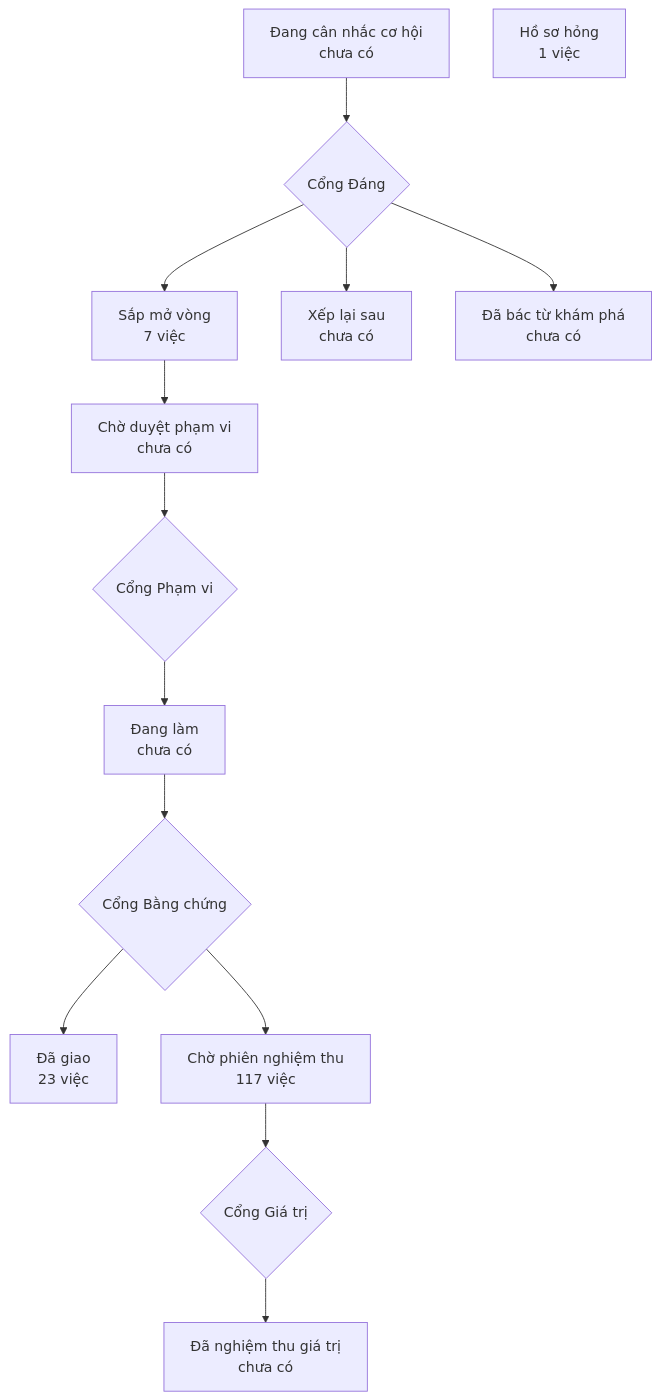
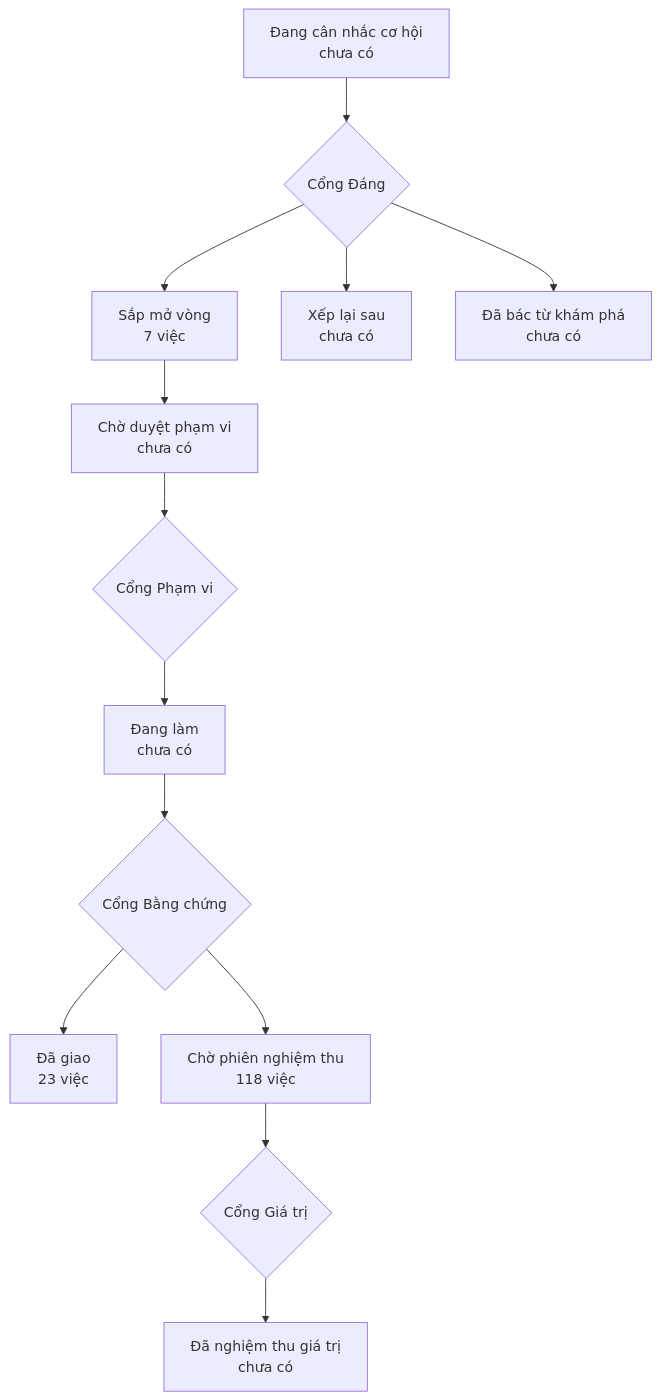
One commit to phanlemanh/onehub-quy-hang changed the diagram in PRODUCT-MAP.md. Above: the diagram before and after it, drawn with Mermaid. The commit also changed other lines of this file and 1 other file, not shown here.

````diff
--- a/PRODUCT-MAP.md
+++ b/PRODUCT-MAP.md
@@ -7,13 +7,12 @@
 ```mermaid
 flowchart TD
   A["Đang cân nhắc cơ hội<br/>chưa có"] --> GD{"Cổng Đáng"}
   GD --> B["Sắp mở vòng<br/>7 việc"]
   GD --> XL["Xếp lại sau<br/>chưa có"]
   GD --> DB["Đã bác từ khám phá<br/>chưa có"]
   B --> CD["Chờ duyệt phạm vi<br/>chưa có"] --> GP{"Cổng Phạm vi"}
   GP --> DL["Đang làm<br/>chưa có"] --> GB{"Cổng Bằng chứng"}
   GB --> DG["Đã giao<br/>23 việc"]
-  GB --> CN["Chờ phiên nghiệm thu<br/>117 việc"] --> GG{"Cổng Giá trị"}
+  GB --> CN["Chờ phiên nghiệm thu<br/>118 việc"] --> GG{"Cổng Giá trị"}
   GG --> NT["Đã nghiệm thu giá trị<br/>chưa có"]
-  HS["Hồ sơ hỏng<br/>1 việc"]
 ```
````
